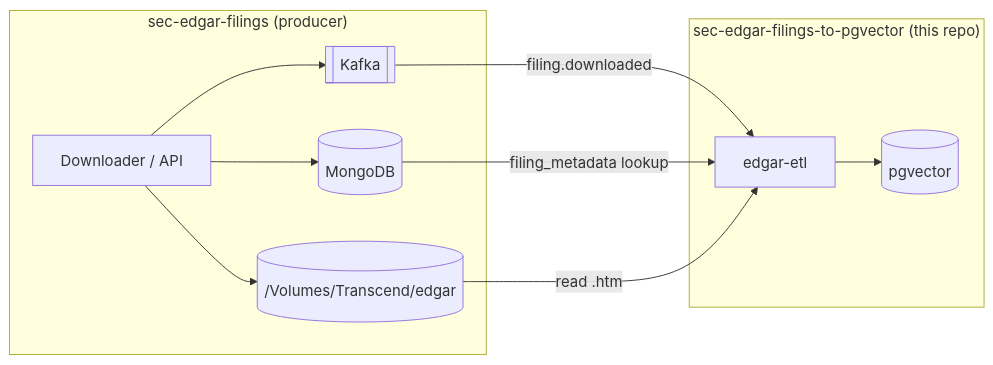
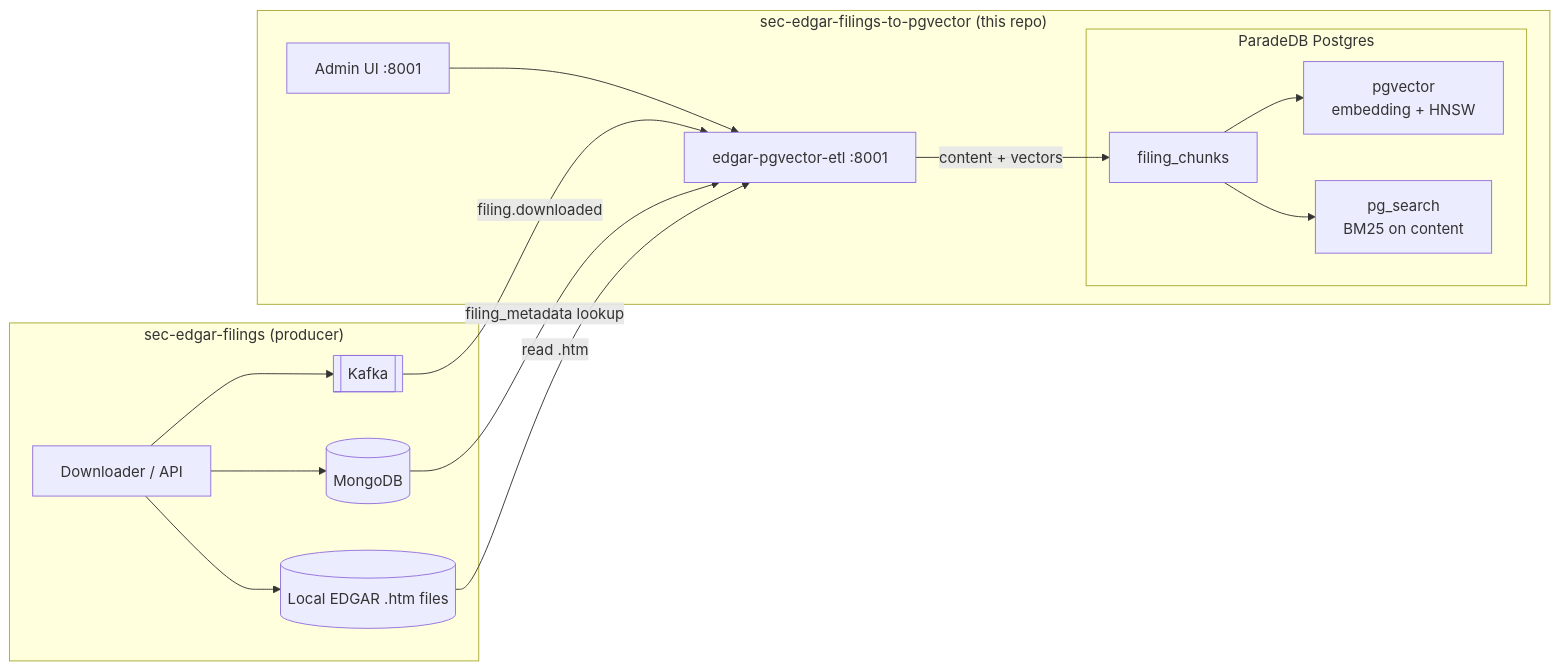
The second of 2 diagrams in README.md (sanjuthomas/sec-edgar-filings-to-pgvector), drawn with Mermaid before and after one commit. The commit also changed other lines of this file, not shown here.

````diff
--- a/README.md
+++ b/README.md
@@ -74,22 +63,30 @@
 ```mermaid
 flowchart LR
     subgraph producer ["sec-edgar-filings (producer)"]
         DL[Downloader / API]
         Mongo[(MongoDB)]
         Kafka[[Kafka]]
-        Disk[(/Volumes/Transcend/edgar)]
+        Disk[(Local EDGAR .htm files)]
         DL --> Mongo
         DL --> Disk
         DL --> Kafka
     end
 
     subgraph consumer ["sec-edgar-filings-to-pgvector (this repo)"]
-        ETL[edgar-etl]
-        PG[(pgvector)]
-        ETL --> PG
+        ETL[edgar-pgvector-etl :8001]
+        Admin[Admin UI :8001]
+        subgraph PG ["ParadeDB Postgres"]
+            FC[filing_chunks]
+            VEC[pgvector<br/>embedding + HNSW]
+            BM25[pg_search<br/>BM25 on content]
+        end
+        ETL -->|content + vectors| FC
+        FC --> VEC
+        FC --> BM25
+        Admin --> ETL
     end
 
     Kafka -->|filing.downloaded| ETL
     Mongo -->|filing_metadata lookup| ETL
     Disk -->|read .htm| ETL
 ```
````
